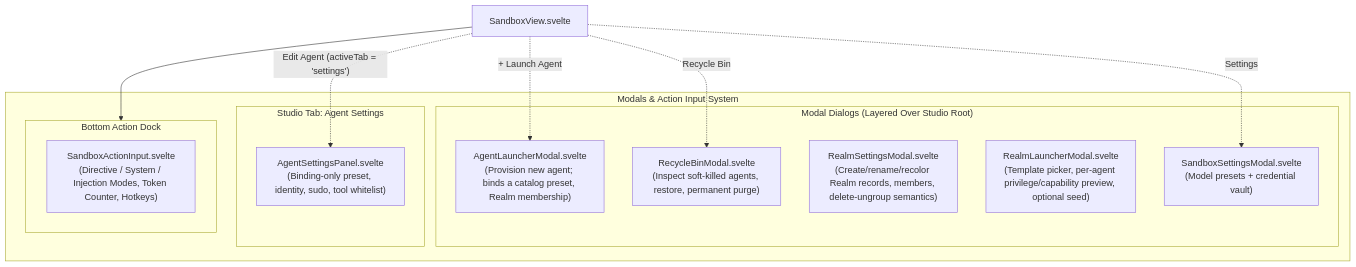
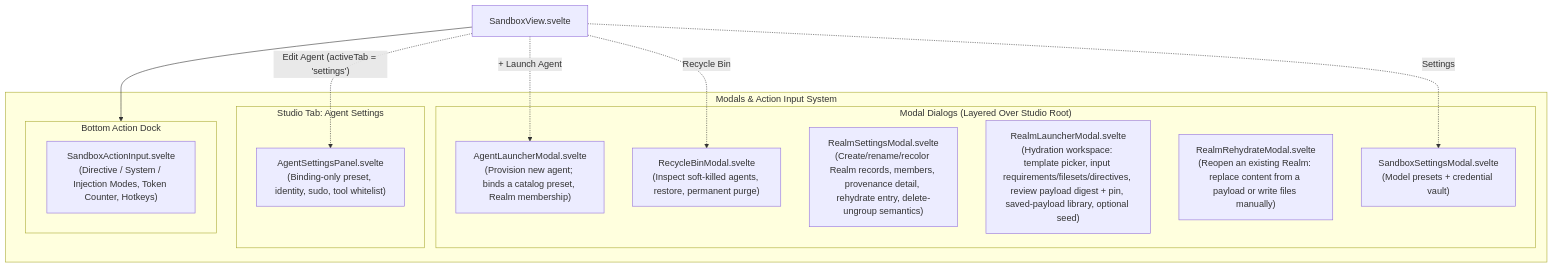
The first of 4 diagrams in docs/ui/modals_and_dialogs.md (crestfallnafterdark/nightcurtain), drawn with Mermaid before and after one commit. The commit also changed other lines of this file and 9 other files, not shown here.

````diff
--- a/docs/ui/modals_and_dialogs.md
+++ b/docs/ui/modals_and_dialogs.md
@@ -15,26 +15,27 @@
 ```mermaid
 flowchart TD
     subgraph ModalsAndInputs ["Modals & Action Input System"]
         subgraph ModalsArea ["Modal Dialogs (Layered Over Studio Root)"]
             Launcher["AgentLauncherModal.svelte\n(Provision new agent; binds a catalog preset, Realm membership)"]
             Recycle["RecycleBinModal.svelte\n(Inspect soft-killed agents, restore, permanent purge)"]
-            Realm["RealmSettingsModal.svelte\n(Create/rename/recolor Realm records, members, delete-ungroup semantics)"]
-            RealmLaunch["RealmLauncherModal.svelte\n(Template picker, per-agent privilege/capability preview, optional seed)"]
+            Realm["RealmSettingsModal.svelte\n(Create/rename/recolor Realm records, members, provenance detail, rehydrate entry, delete-ungroup semantics)"]
+            RealmLaunch["RealmLauncherModal.svelte\n(Hydration workspace: template picker, input requirements/filesets/directives, review payload digest + pin, saved-payload library, optional seed)"]
+            RealmRehydrate["RealmRehydrateModal.svelte\n(Reopen an existing Realm: replace content from a payload or write files manually)"]
             Settings["SandboxSettingsModal.svelte\n(Model presets + credential vault)"]
         end
 
         subgraph TabArea ["Studio Tab: Agent Settings"]
             SettingsPanel["AgentSettingsPanel.svelte\n(Binding-only preset, identity, sudo, tool whitelist)"]
         end
 
         subgraph DockArea ["Bottom Action Dock"]
             ActionInput["SandboxActionInput.svelte\n(Directive / System / Injection Modes, Token Counter, Hotkeys)"]
         end
     end
 
     StudioRoot["SandboxView.svelte"] -.->|"+ Launch Agent"| Launcher
     StudioRoot -.->|"Edit Agent (activeTab = 'settings')"| SettingsPanel
     StudioRoot -.->|"Recycle Bin"| Recycle
     StudioRoot -.->|"Settings"| Settings
     StudioRoot --> DockArea
 ```
````
